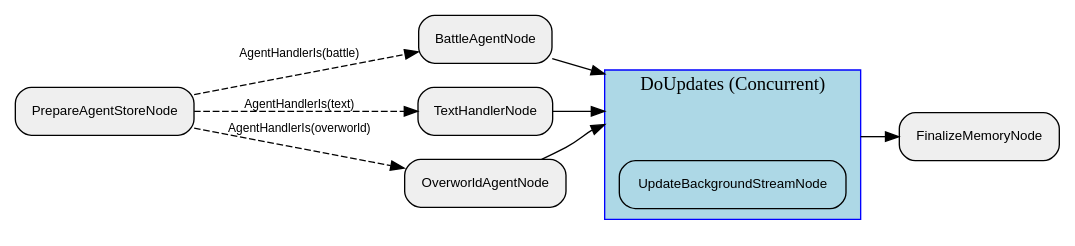
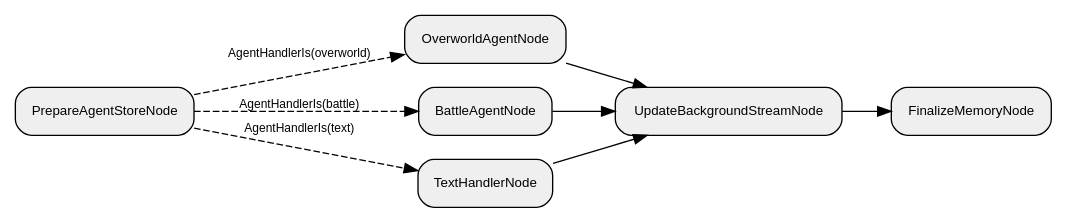
Before and after one commit to clambro/ai-plays-pokemon: the diagram in visualization/agent_graph/Graph.dot, drawn with Graphviz. The commit also changed 8 other files, not shown here.

```diff
--- a/visualization/agent_graph/Graph.dot
+++ b/visualization/agent_graph/Graph.dot
@@ -1,27 +1,19 @@
 digraph "G" {
   rankdir=LR;
   compound=true;
   node [shape=box, style="rounded,filled", fillcolor="#EFEFEF", fontname="Helvetica", fontsize=10];
   edge [fontname="Helvetica", fontsize=9];
-  subgraph "cluster_ri0qSM21yvzR25hUkkhGd" {
-    label="DoUpdates (Concurrent)";
-    style="filled"; fillcolor="lightblue"; color="blue";
-    node [fillcolor="lightblue", style="filled,rounded"];
-    "ri0qSM21yvzR25hUkkhGd__entry" [label="", shape=point, width=0.01, style=invis];
-    "ri0qSM21yvzR25hUkkhGd__exit"  [label="", shape=point, width=0.01, style=invis];
-    "0sIttTuNuawDVPxqcEt94" [label="UpdateBackgroundStreamNode"];
-  }
-  EBc3jzNS20Plp2qRxk1Ug [label="FinalizeMemoryNode"];
-  "0sIttTuNuawDVPxqcEt94" [label="UpdateBackgroundStreamNode"];
-  GXuuz6CfqNvq3xtspZgLd [label="BattleAgentNode"];
-  M9HgUponvtZ0vsJhdWhxV [label="TextHandlerNode"];
-  zoOuA6fHni9Cumptuzwmc [label="OverworldAgentNode"];
-  Xb1br1DCIXmqv68DjniIZ [label="PrepareAgentStoreNode"];
-  Xb1br1DCIXmqv68DjniIZ -> zoOuA6fHni9Cumptuzwmc [style="dashed", label="AgentHandlerIs(overworld)"];
-  Xb1br1DCIXmqv68DjniIZ -> GXuuz6CfqNvq3xtspZgLd [style="dashed", label="AgentHandlerIs(battle)"];
-  Xb1br1DCIXmqv68DjniIZ -> M9HgUponvtZ0vsJhdWhxV [style="dashed", label="AgentHandlerIs(text)"];
-  M9HgUponvtZ0vsJhdWhxV -> ri0qSM21yvzR25hUkkhGd__entry [lhead="cluster_ri0qSM21yvzR25hUkkhGd", style="solid"];
-  GXuuz6CfqNvq3xtspZgLd -> ri0qSM21yvzR25hUkkhGd__entry [lhead="cluster_ri0qSM21yvzR25hUkkhGd", style="solid"];
-  zoOuA6fHni9Cumptuzwmc -> ri0qSM21yvzR25hUkkhGd__entry [lhead="cluster_ri0qSM21yvzR25hUkkhGd", style="solid"];
-  ri0qSM21yvzR25hUkkhGd__exit -> EBc3jzNS20Plp2qRxk1Ug [ltail="cluster_ri0qSM21yvzR25hUkkhGd", style="solid"];
+  "691feNRbW90iv0dBEmjRT" [label="UpdateBackgroundStreamNode"];
+  D5308ISStcyzgS4fuv8Rg [label="FinalizeMemoryNode"];
+  iTXhBDjcRvEULkSm9kOvg [label="OverworldAgentNode"];
+  e163hixmCuDiVqJOrM3Im [label="PrepareAgentStoreNode"];
+  dWhDSPd9CtWpjztTQAEo4 [label="BattleAgentNode"];
+  uDZxOORbpeQzvaJBVb36d [label="TextHandlerNode"];
+  e163hixmCuDiVqJOrM3Im -> iTXhBDjcRvEULkSm9kOvg [style="dashed", label="AgentHandlerIs(overworld)"];
+  e163hixmCuDiVqJOrM3Im -> dWhDSPd9CtWpjztTQAEo4 [style="dashed", label="AgentHandlerIs(battle)"];
+  e163hixmCuDiVqJOrM3Im -> uDZxOORbpeQzvaJBVb36d [style="dashed", label="AgentHandlerIs(text)"];
+  uDZxOORbpeQzvaJBVb36d -> "691feNRbW90iv0dBEmjRT" [style="solid"];
+  dWhDSPd9CtWpjztTQAEo4 -> "691feNRbW90iv0dBEmjRT" [style="solid"];
+  iTXhBDjcRvEULkSm9kOvg -> "691feNRbW90iv0dBEmjRT" [style="solid"];
+  "691feNRbW90iv0dBEmjRT" -> D5308ISStcyzgS4fuv8Rg [style="solid"];
 }
```
